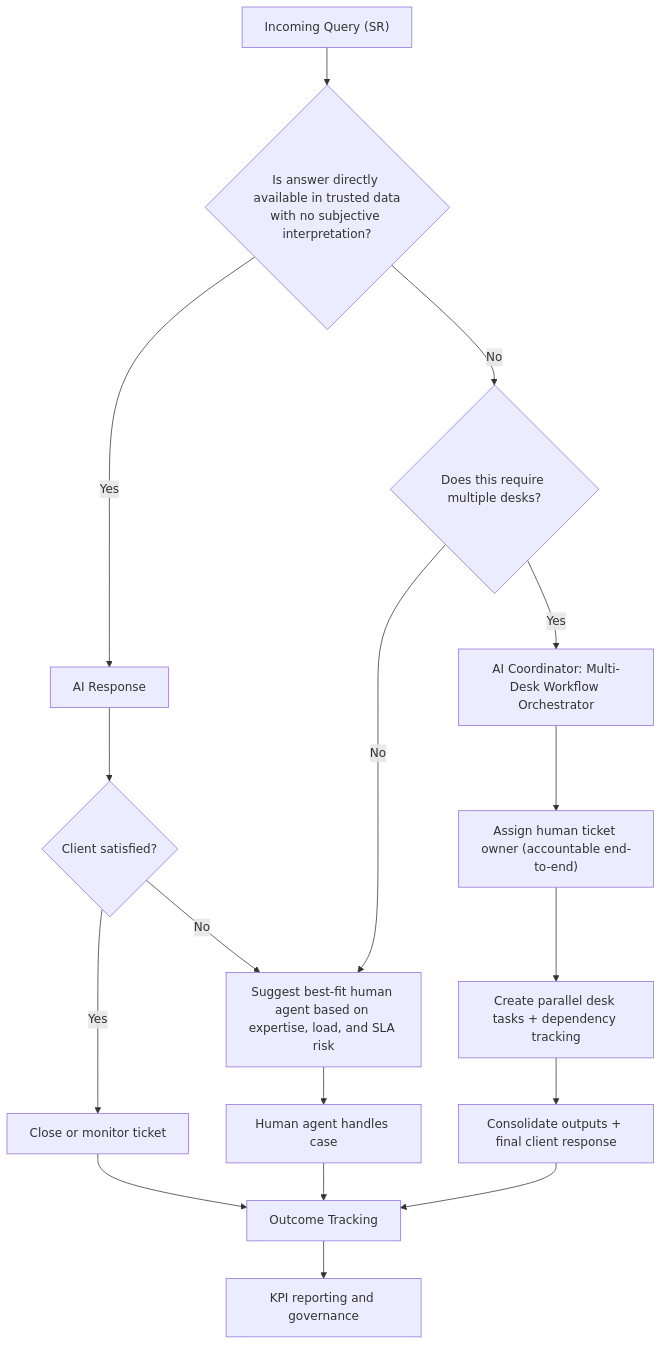
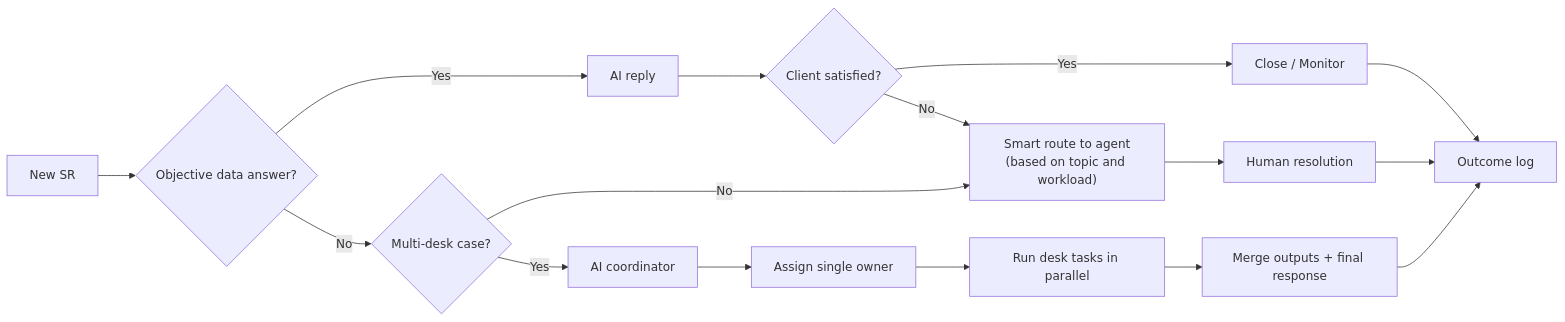
One commit to plutoskio/BNP_BDD changed the diagram in solution/decision_tree/decision_tree.md. Above: the diagram before and after it, drawn with Mermaid. The commit also changed 19 other files, not shown here.

````diff
--- a/solution/decision_tree/decision_tree.md
+++ b/solution/decision_tree/decision_tree.md
@@ -11,24 +11,22 @@
 ```mermaid
-flowchart TD
-    A["Incoming Query (SR)"] --> B{"Is answer directly available in trusted data<br/>with no subjective interpretation?"}
+flowchart LR
+    A["New SR"] --> B{"Objective data answer?"}
 
-    B -- Yes --> C["AI Response"]
-    C --> C3{"Client satisfied?"}
-    C3 -- Yes --> C4["Close or monitor ticket"]
-    C3 -- No --> F["Suggest best-fit human agent based on expertise, load, and SLA risk"]
+    B -- Yes --> C["AI reply"]
+    C --> D{"Client satisfied?"}
+    D -- Yes --> E["Close / Monitor"]
+    D -- No --> H["Smart route to agent<br/>(based on topic and workload)"]
 
-    B -- No --> D{"Does this require multiple desks?"}
+    B -- No --> F{"Multi-desk case?"}
+    F -- No --> H
+    F -- Yes --> G["AI coordinator"]
+    G --> G1["Assign single owner"]
+    G1 --> G2["Run desk tasks in parallel"]
+    G2 --> G3["Merge outputs + final response"]
 
-    D -- No --> F["Suggest best-fit human agent based on expertise, load, and SLA risk"]
-    D -- Yes --> E["AI Coordinator: Multi-Desk Workflow Orchestrator"]
-    E --> E1["Assign human ticket owner (accountable end-to-end)"]
-    E1 --> E2["Create parallel desk tasks + dependency tracking"]
-    E2 --> E3["Consolidate outputs + final client response"]
+    H --> I["Human resolution"]
 
-    F --> F2["Human agent handles case"]
-
-    C4 --> G["Outcome Tracking"]
-    E3 --> G
-    F2 --> G
-    G --> H["KPI reporting and governance"]
+    E --> J["Outcome log"]
+    G3 --> J
+    I --> J
 ```
````
